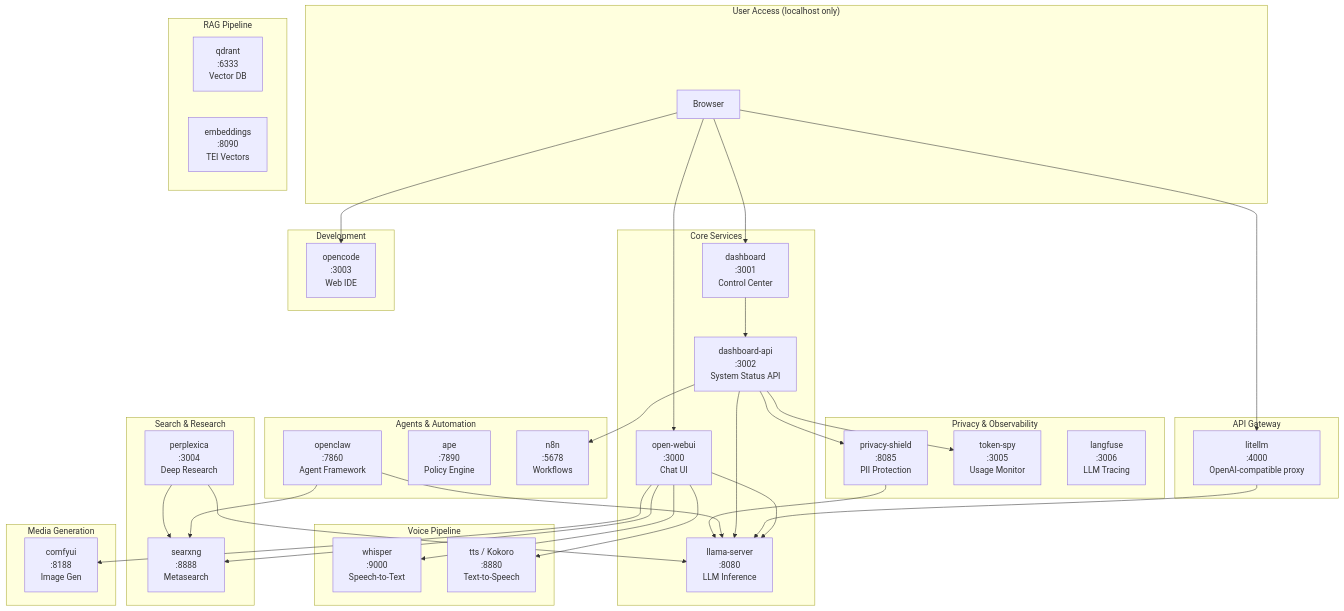
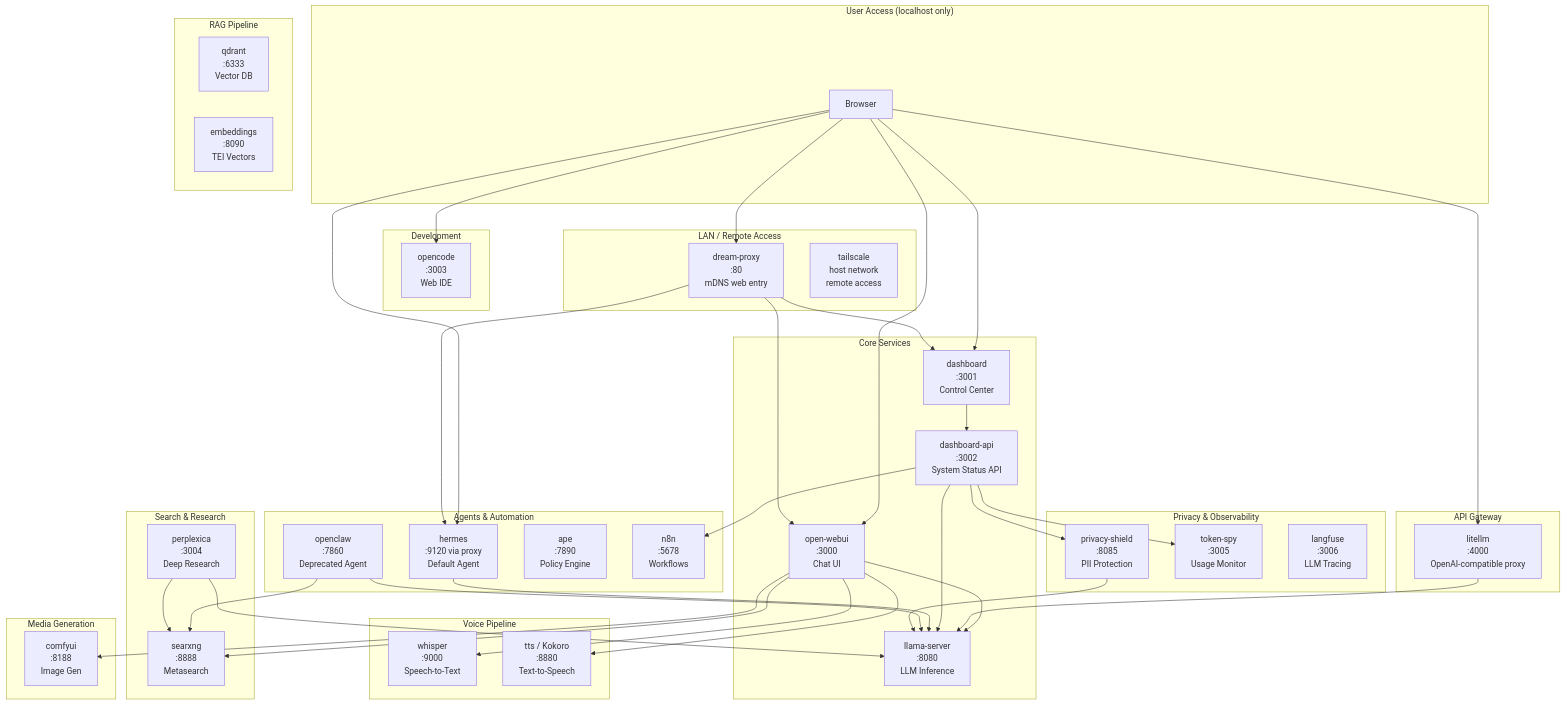
Before and after one commit to Light-Heart-Labs/DreamServer: the first of 3 diagrams in ARCHITECTURE.md, drawn with Mermaid. The commit also changed other lines of this file and 22 other files, not shown here.

````diff
--- a/ARCHITECTURE.md
+++ b/ARCHITECTURE.md
@@ -38,7 +43,8 @@
     end
 
     subgraph Agents["Agents & Automation"]
-        CLAW["openclaw<br/>:7860<br/>Agent Framework"]
+        HERMES["hermes<br/>:9120 via proxy<br/>Default Agent"]
+        CLAW["openclaw<br/>:7860<br/>Deprecated Agent"]
         APE["ape<br/>:7890<br/>Policy Engine"]
         N8N["n8n<br/>:5678<br/>Workflows"]
     end
@@ -62,10 +68,17 @@
         CODE["opencode<br/>:3003<br/>Web IDE"]
     end
 
+    subgraph Access["LAN / Remote Access"]
+        PROXY["dream-proxy<br/>:80<br/>mDNS web entry"]
+        TAIL["tailscale<br/>host network<br/>remote access"]
+    end
+
     Browser --> WEBUI
     Browser --> DASH
     Browser --> LITE
     Browser --> CODE
+    Browser --> HERMES
+    Browser --> PROXY
 
     WEBUI --> LLAMA
     WEBUI --> COMFY
@@ -81,6 +94,7 @@
     DAPI --> SPY
     DAPI --> SHIELD
 
+    HERMES --> LLAMA
     CLAW --> LLAMA
     CLAW --> SEARX
 
@@ -88,4 +102,7 @@
     PERP --> SEARX
 
     SHIELD --> LLAMA
+    PROXY --> WEBUI
+    PROXY --> DASH
+    PROXY --> HERMES
 ```
````
